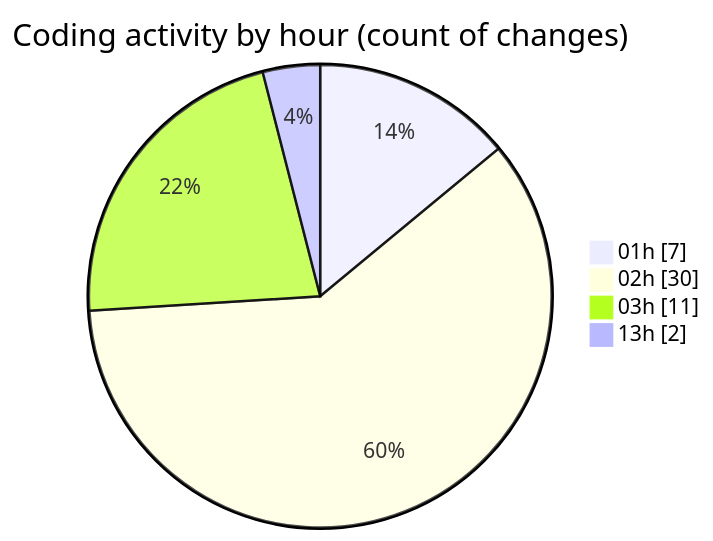
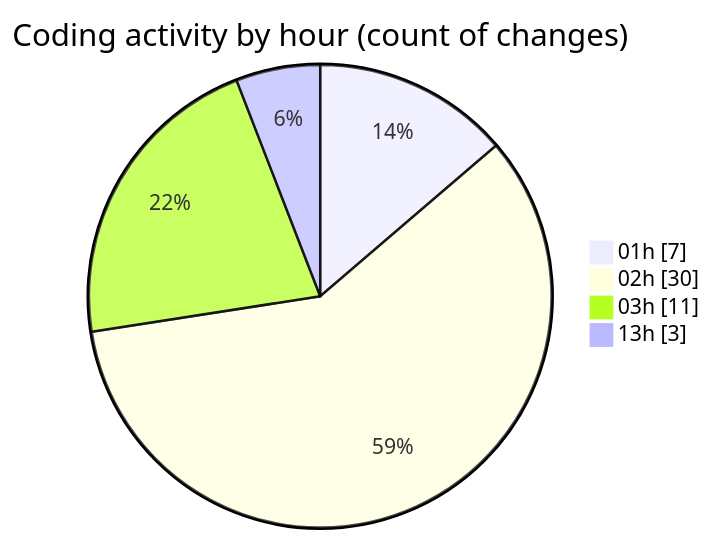
Before and after one commit to Ritupan-Deka/code-tracking: the second of 2 diagrams in 2025-01-24/projects/README.md, drawn with Mermaid. The commit also changed other lines of this file and 1 other file, not shown here.

````diff
--- a/2025-01-24/projects/README.md
+++ b/2025-01-24/projects/README.md
@@ -39,8 +39,8 @@
 ```mermaid
 pie showData
 title Coding activity by hour (count of changes)
 "01h" : 7
 "02h" : 30
 "03h" : 11
-"13h" : 2
+"13h" : 3
 ```
````
